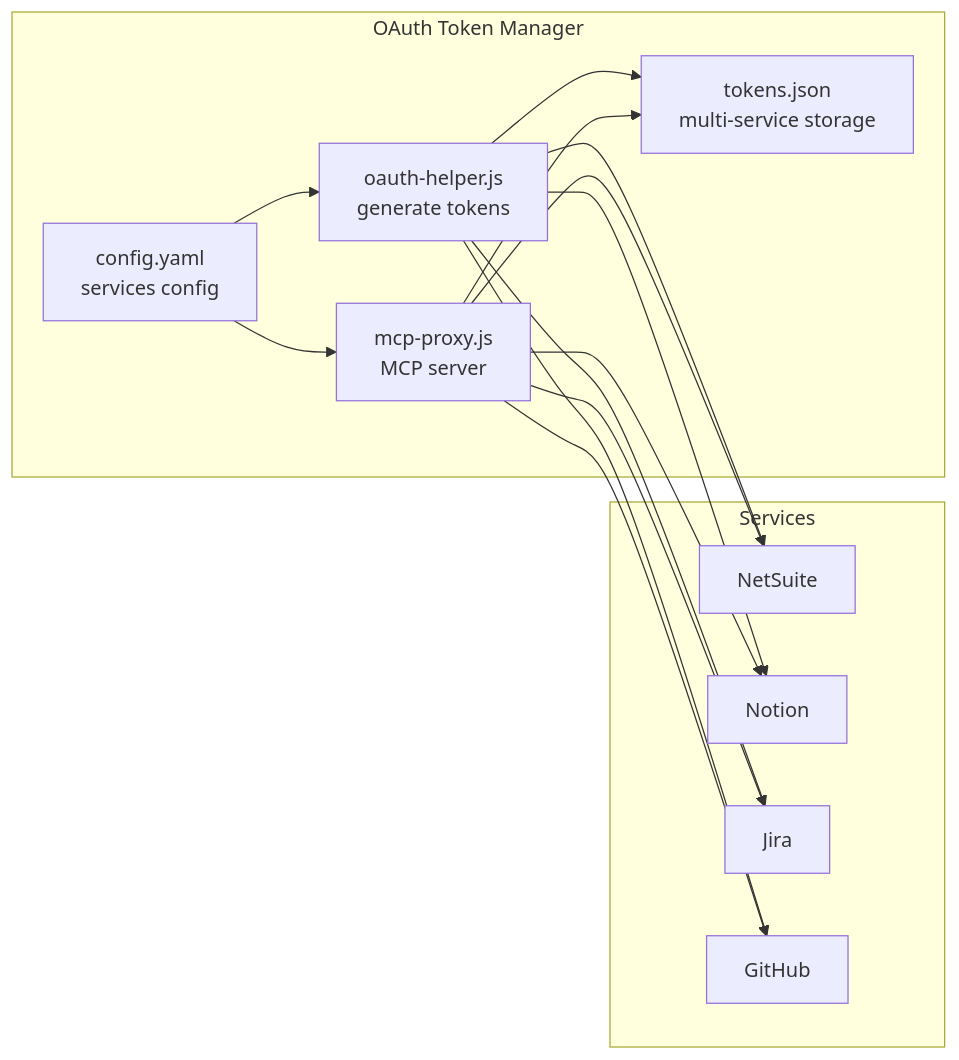
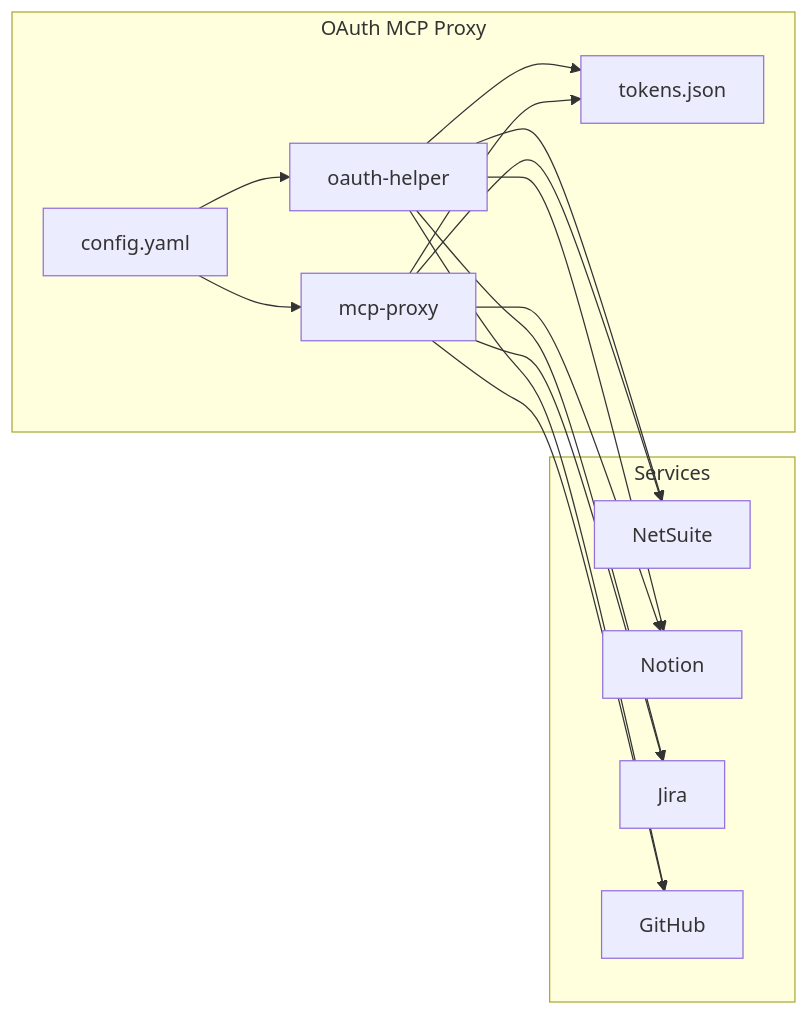
One commit to ShellOliver/oauth-mcp-proxy changed the second of 2 diagrams in README.md. Above: the diagram before and after it, drawn with Mermaid. The commit also changed other lines of this file and 11 other files, not shown here.

First line of the commit message:
refactor: Rename project to oauth-mcp-proxy and update configuration

````diff
--- a/README.md
+++ b/README.md
@@ -79,32 +211,30 @@
 ```mermaid
 graph LR
-    subgraph "OAuth Token Manager"
-        config[config.yaml<br/>services config]
-        helper[oauth-helper.js<br/>generate tokens]
-        proxy[mcp-proxy.js<br/>MCP server]
-        tokens[tokens.json<br/>multi-service storage]
+    subgraph "OAuth MCP Proxy"
+        config[config.yaml]
+        helper[oauth-helper]
+        proxy[mcp-proxy]
+        tokens[tokens.json]
     end
     
     subgraph "Services"
         netsuite[NetSuite]
         notion[Notion]
         jira[Jira]
         github[GitHub]
     end
     
     helper --> netsuite
     helper --> notion
     helper --> jira
     helper --> github
     
     helper --> tokens
-    
     config --> helper
     config --> proxy
-    
     proxy --> tokens
     proxy --> netsuite
     proxy --> notion
     proxy --> jira
     proxy --> github
 ```
````
